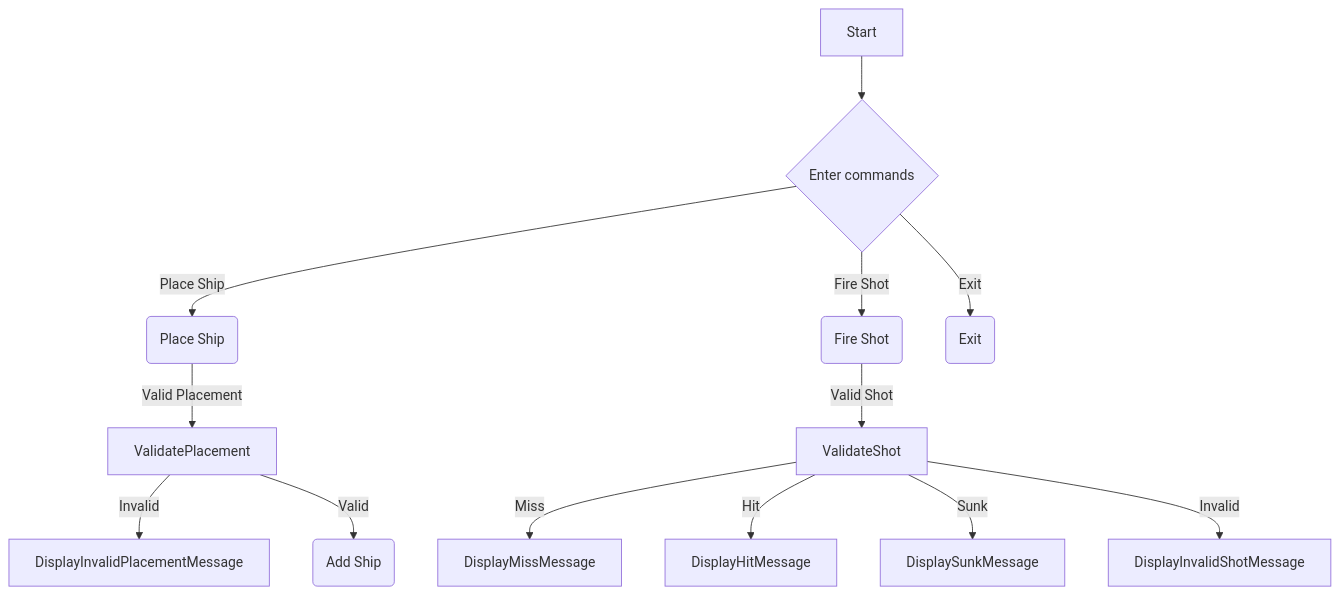
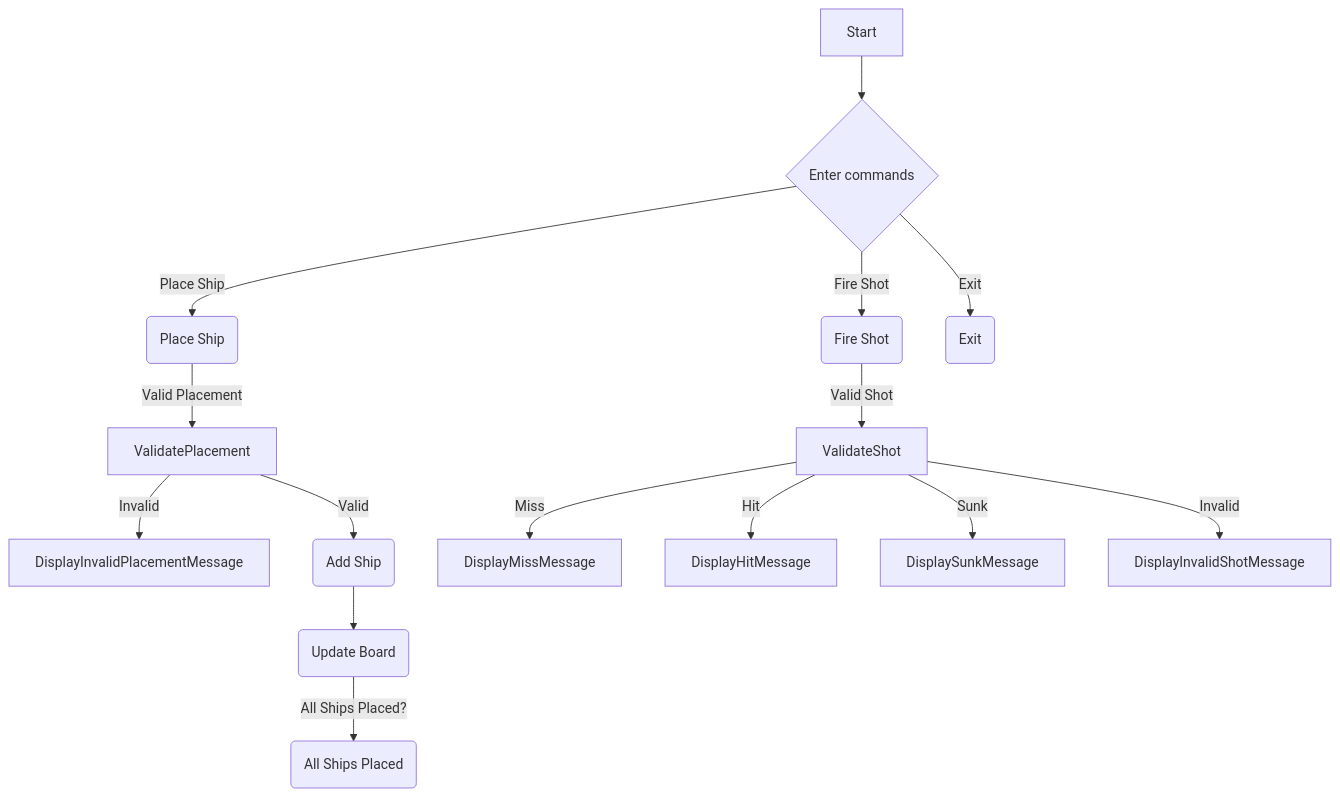
The diagram in README.md (PegahNa/Battleships_tech_test), drawn with Mermaid before and after one commit.

````diff
--- a/README.md
+++ b/README.md
@@ -1,20 +1,23 @@
 ```mermaid
 flowchart TD;
 
 Start[Start] --> EnterCommands{Enter commands}
 
 EnterCommands -->|Place Ship| PlaceShip(Place Ship)
 EnterCommands -->|Fire Shot| FireShot(Fire Shot)
 EnterCommands -->|Exit| ExitGame(Exit)
 
 PlaceShip -->|Valid Placement| ValidatePlacement
 ValidatePlacement -->|Invalid| DisplayInvalidPlacementMessage
 ValidatePlacement -->|Valid| AddShip(Add Ship)
 
+AddShip --> UpdateBoard(Update Board)
+UpdateBoard -->|All Ships Placed?| AllShipsPlaced(All Ships Placed)
+
 FireShot -->|Valid Shot| ValidateShot
 ValidateShot -->|Miss| DisplayMissMessage
 ValidateShot -->|Hit| DisplayHitMessage
 ValidateShot -->|Sunk| DisplaySunkMessage
 ValidateShot -->|Invalid| DisplayInvalidShotMessage
 
 ```
````
